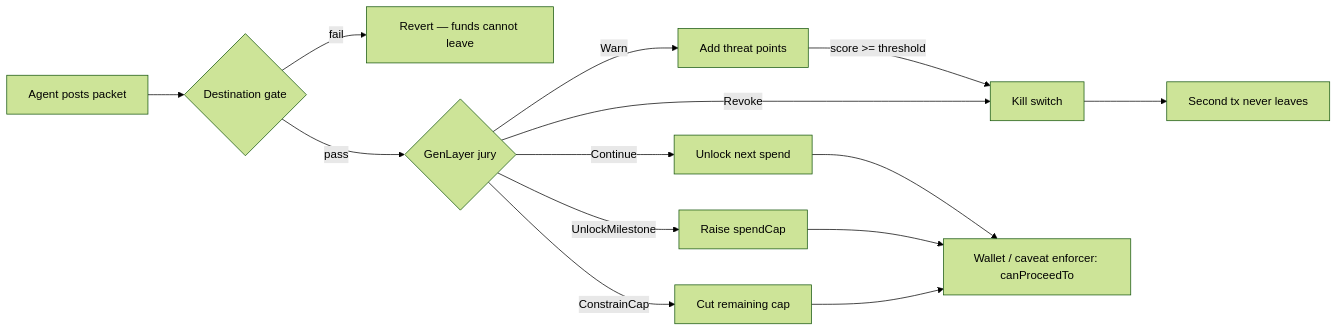
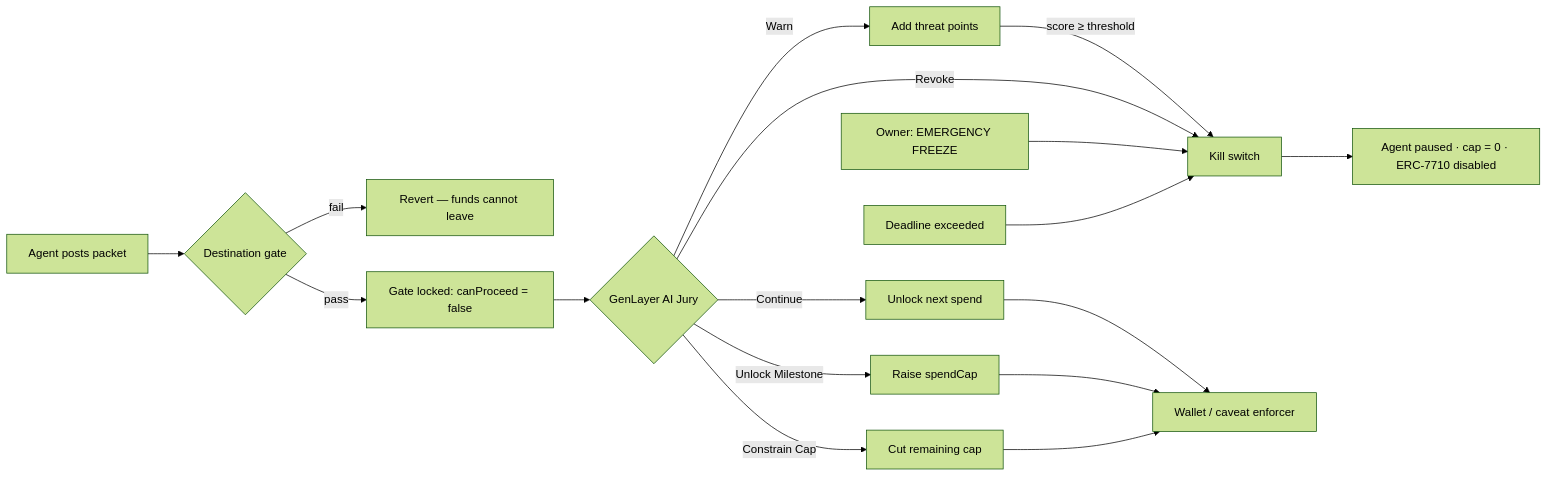
The diagram in README.md (jubayir-hub-69/LEASH-Protocol), drawn with Mermaid (forest theme) before and after one commit. The commit also changed other lines of this file, not shown here.

````diff
--- a/README.md
+++ b/README.md
@@ -168,16 +75,19 @@
 ```mermaid
 flowchart LR
   A[Agent posts packet] --> D{Destination gate}
   D -->|fail| X[Revert — funds cannot leave]
-  D -->|pass| J{GenLayer jury}
+  D -->|pass| G[Gate locked: canProceed = false]
+  G --> J{GenLayer AI Jury}
   J -->|Continue| C[Unlock next spend]
-  J -->|UnlockMilestone| U[Raise spendCap]
+  J -->|Unlock Milestone| U[Raise spendCap]
   J -->|Warn| W[Add threat points]
-  W -->|score >= threshold| R[Kill switch]
-  J -->|ConstrainCap| K[Cut remaining cap]
+  W -->|score ≥ threshold| R[Kill switch]
+  J -->|Constrain Cap| K[Cut remaining cap]
   J -->|Revoke| R
-  C --> Wallets[Wallet / caveat enforcer: canProceedTo]
+  H[Owner: EMERGENCY FREEZE] --> R
+  T[Deadline exceeded] --> R
+  C --> Wallets[Wallet / caveat enforcer]
   U --> Wallets
   K --> Wallets
-  R --> Dead[Second tx never leaves]
+  R --> Dead[Agent paused · cap = 0 · ERC-7710 disabled]
 ```
````
